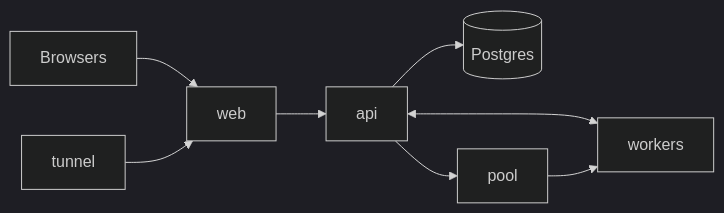
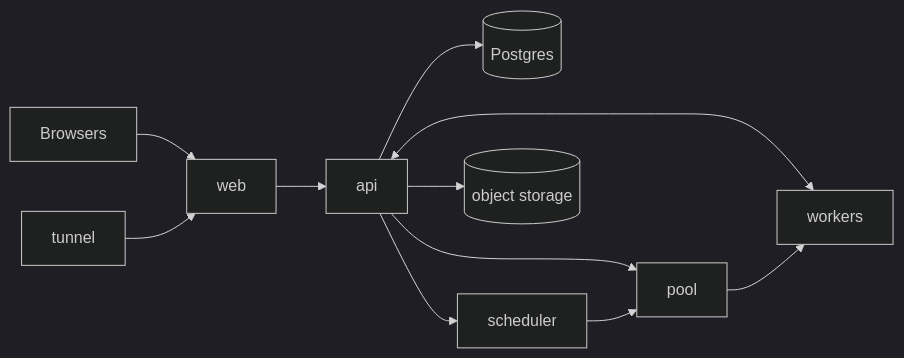
The diagram in README.md (zikous/pairbox), drawn with Mermaid (dark theme) before and after one commit. The commit also changed other lines of this file and 114 other files, not shown here.

````diff
--- a/README.md
+++ b/README.md
@@ -13,10 +14,13 @@
 ```mermaid
 flowchart LR
     B[Browsers] --> WEB[web]
     WEB --> API[api]
     API --> DB[(Postgres)]
     API --> POOL[pool]
+    API --> SCHED[scheduler]
+    SCHED --> POOL
+    API --> S3[(object storage)]
     API <--> W[workers]
     POOL --> W
     T[tunnel] --> WEB
 ```
````
